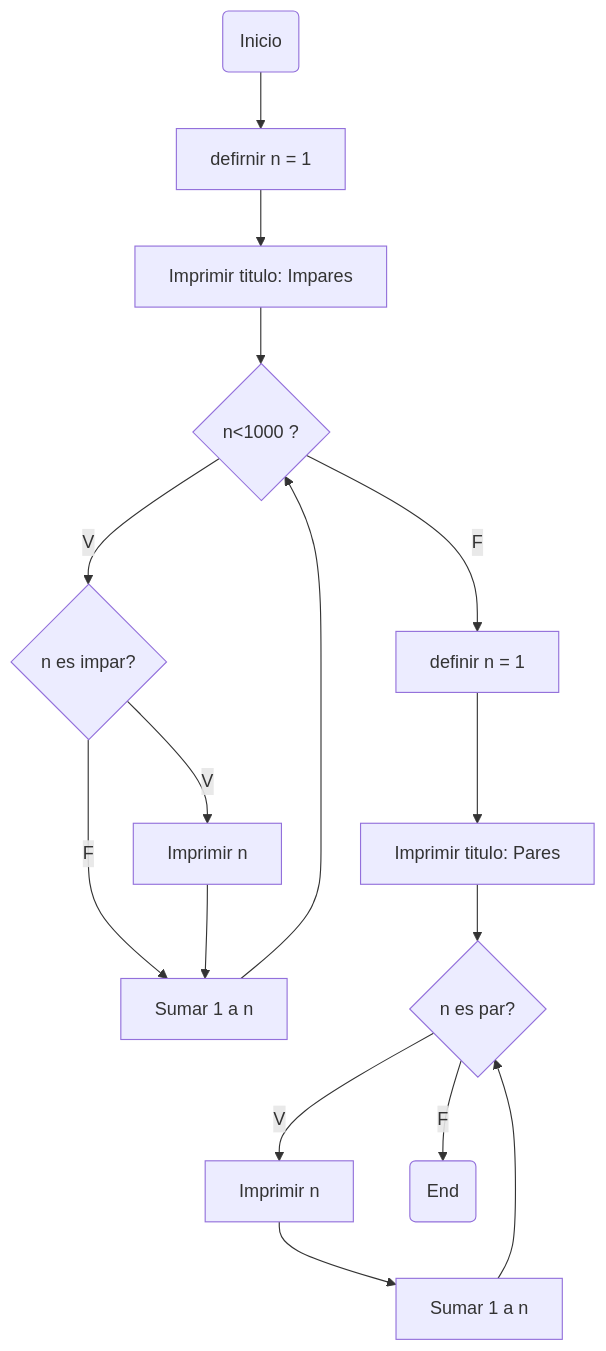
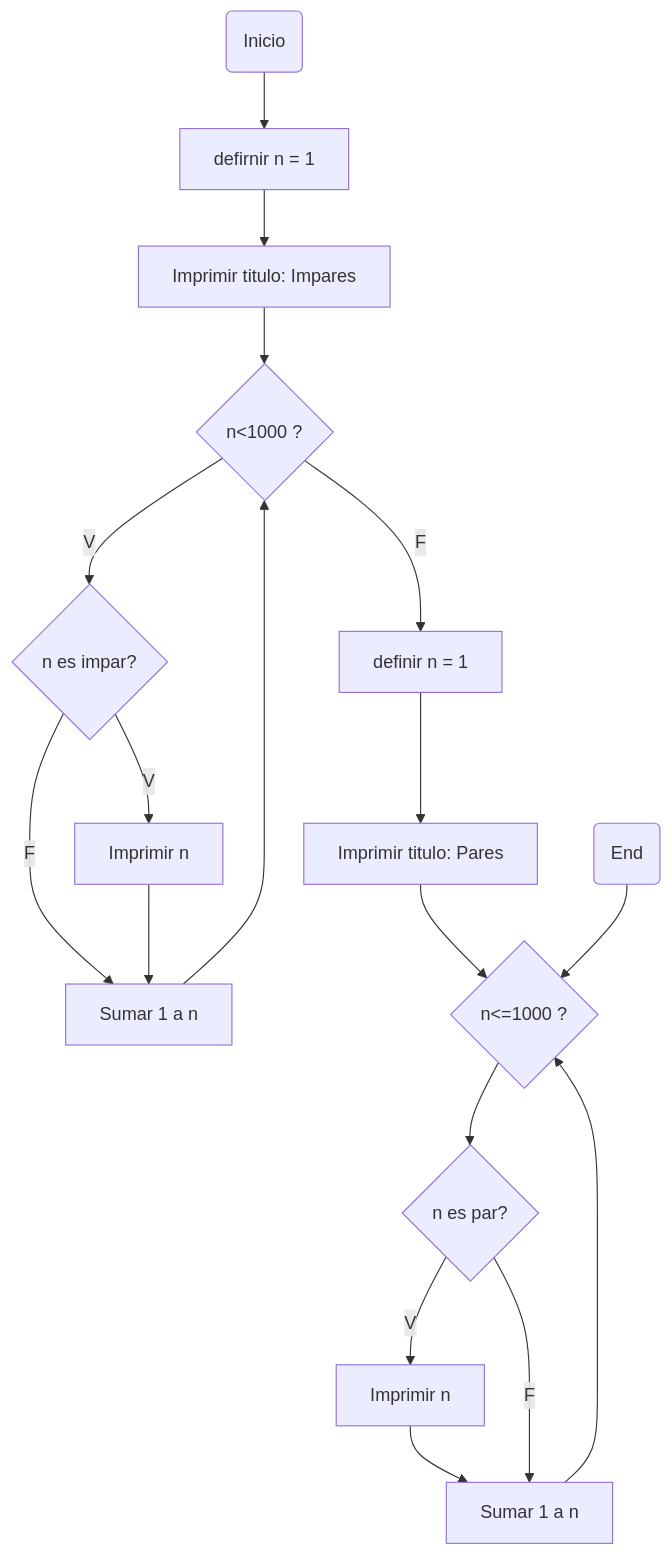
Before and after one commit to Felip-UN/Bucles-R6: the second of 2 diagrams in README.md, drawn with Mermaid.

Commit message:
Corrección 2 Diagrama 2

````diff
--- a/README.md
+++ b/README.md
@@ -34,30 +34,33 @@
 ```mermaid
 ---
 config:
   layout: fixed
 ---
 flowchart TD
     n1["Inicio"] --> n2["defirnir n = 1"]
     n2 --> n3["Imprimir titulo: Impares"]
     n3 --> n4["n&lt;1000 ?"]
     n4 -- F --> n6["definir n = 1"]
     n4 -- V --> n7["n es impar?"]
     n7 -- F --> n8["Sumar 1 a n"]
     n7 -- V --> n9["Imprimir n"]
     n9 --> n8
     n8 --> n4
     n10["n es par?"] -- V --> n12["Imprimir n"]
     n12 --> n11["Sumar 1 a n"]
     n6 --> n13["Imprimir titulo: Pares"]
-    n13 --> n10
-    n10 -- F --> n14["End"]
-    n11 --> n10
+    n10 -- F --> n11
+    n13 --> n15["n&lt;=1000 ?"]
+    n15 --> n10
+    n11 --> n15
+    n14["End"] --> n15
     n1@{ shape: rounded}
     n4@{ shape: diam}
     n7@{ shape: diam}
     n10@{ shape: diam}
     n12@{ shape: rect}
     n11@{ shape: rect}
     n13@{ shape: rect}
+    n15@{ shape: diam}
     n14@{ shape: rounded}
 ```
````
